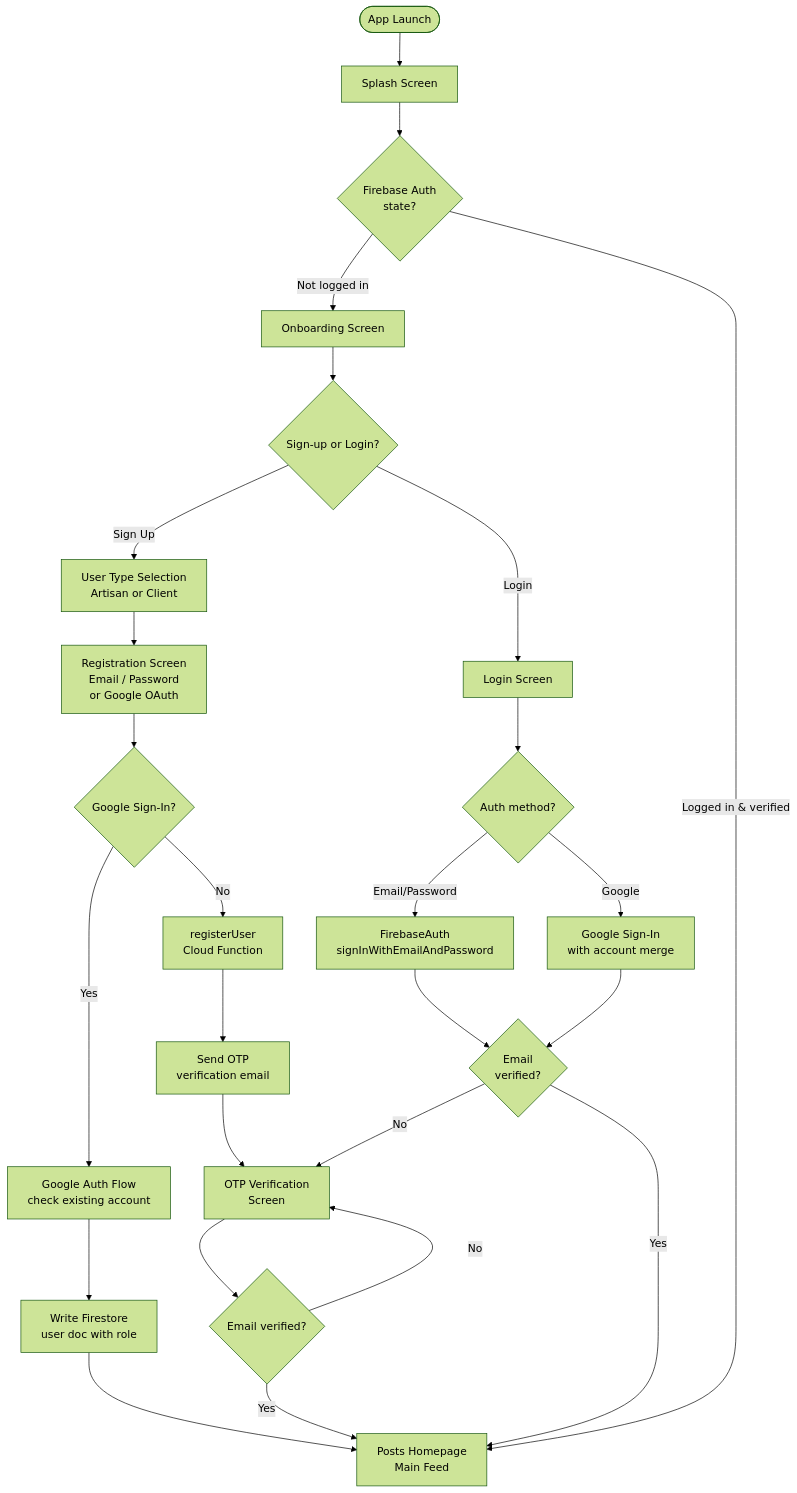
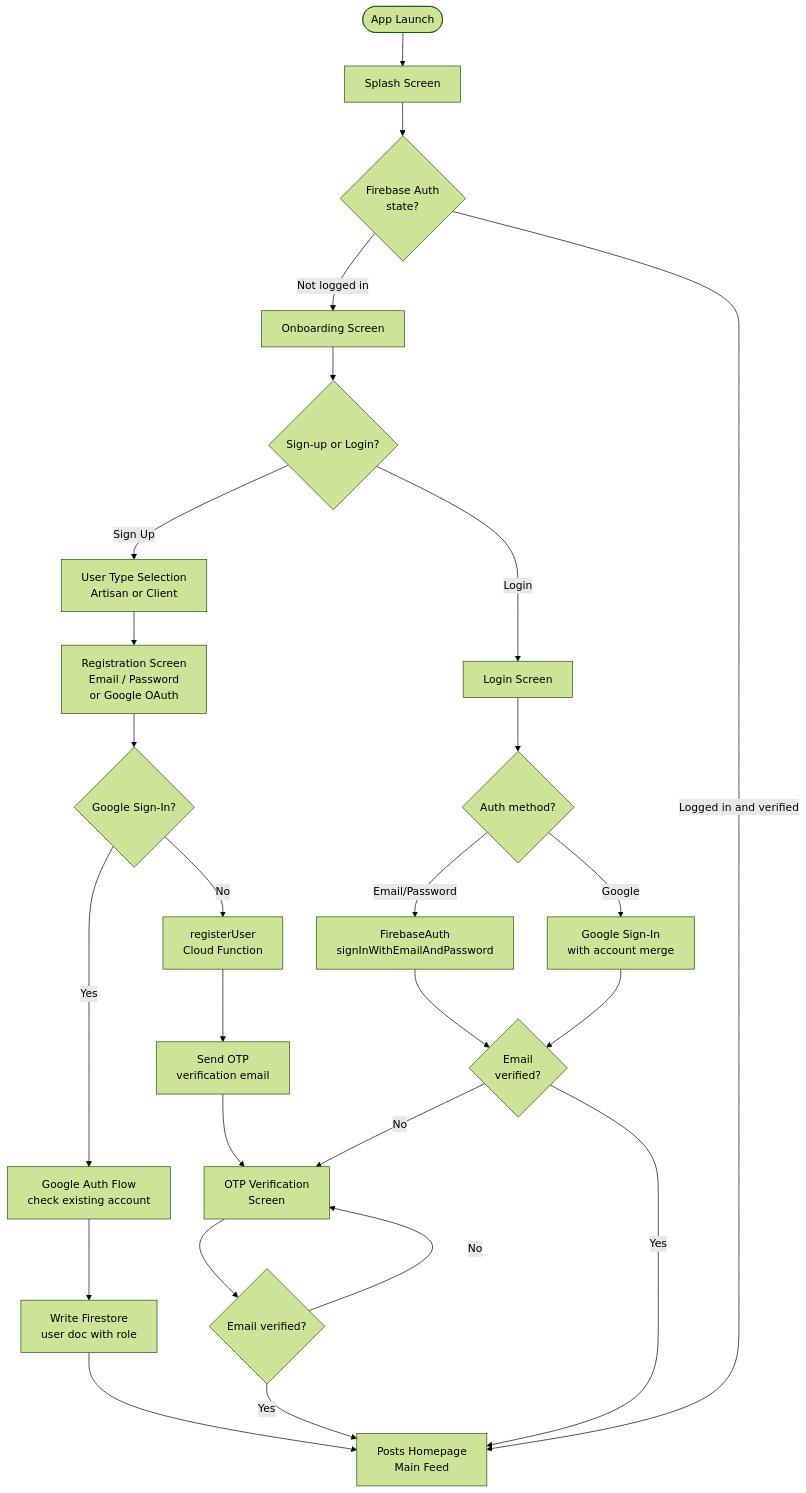
Diagram 15 of 31 in README.md (companydevs/skill-link-gh), drawn with Mermaid (forest theme) before and after one commit. The commit also changed other lines of this file, not shown here.

First line of the commit message:
fix: repair Mermaid diagrams 10 and 12 in README, bump admin_panel

````diff
--- a/README.md
+++ b/README.md
@@ -496,27 +496,27 @@
 ```mermaid
 flowchart TD
     A([App Launch]) --> B[Splash Screen]
     B --> C{Firebase Auth\nstate?}
     C -- Not logged in --> D[Onboarding Screen]
     D --> E{Sign-up or Login?}
     E -- Sign Up --> F[User Type Selection\nArtisan or Client]
     F --> G[Registration Screen\nEmail / Password\nor Google OAuth]
     G --> H{Google Sign-In?}
     H -- Yes --> I[Google Auth Flow\ncheck existing account]
     H -- No --> J[registerUser\nCloud Function]
     I --> K[Write Firestore\nuser doc with role]
     J --> L[Send OTP\nverification email]
     L --> M[OTP Verification\nScreen]
     M --> N{Email verified?}
     N -- No --> M
     N -- Yes --> O
     K --> O[Posts Homepage\nMain Feed]
     E -- Login --> P[Login Screen]
     P --> Q{Auth method?}
     Q -- Email/Password --> R[FirebaseAuth\nsignInWithEmailAndPassword]
     Q -- Google --> S[Google Sign-In\nwith account merge]
     R & S --> T{Email\nverified?}
     T -- No --> M
     T -- Yes --> O
-    C -- Logged in & verified --> O
+    C -- Logged in and verified --> O
 ```
````
